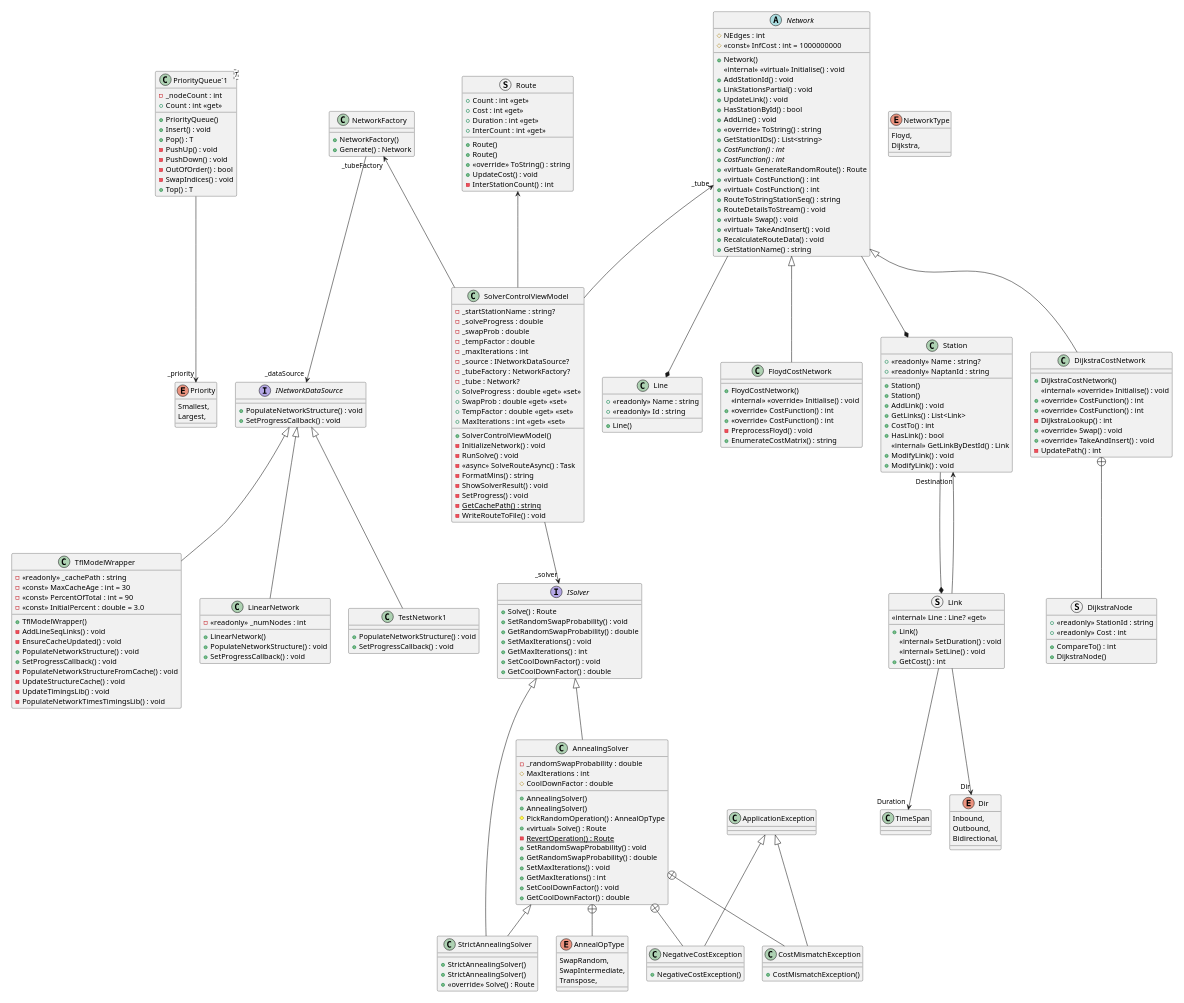
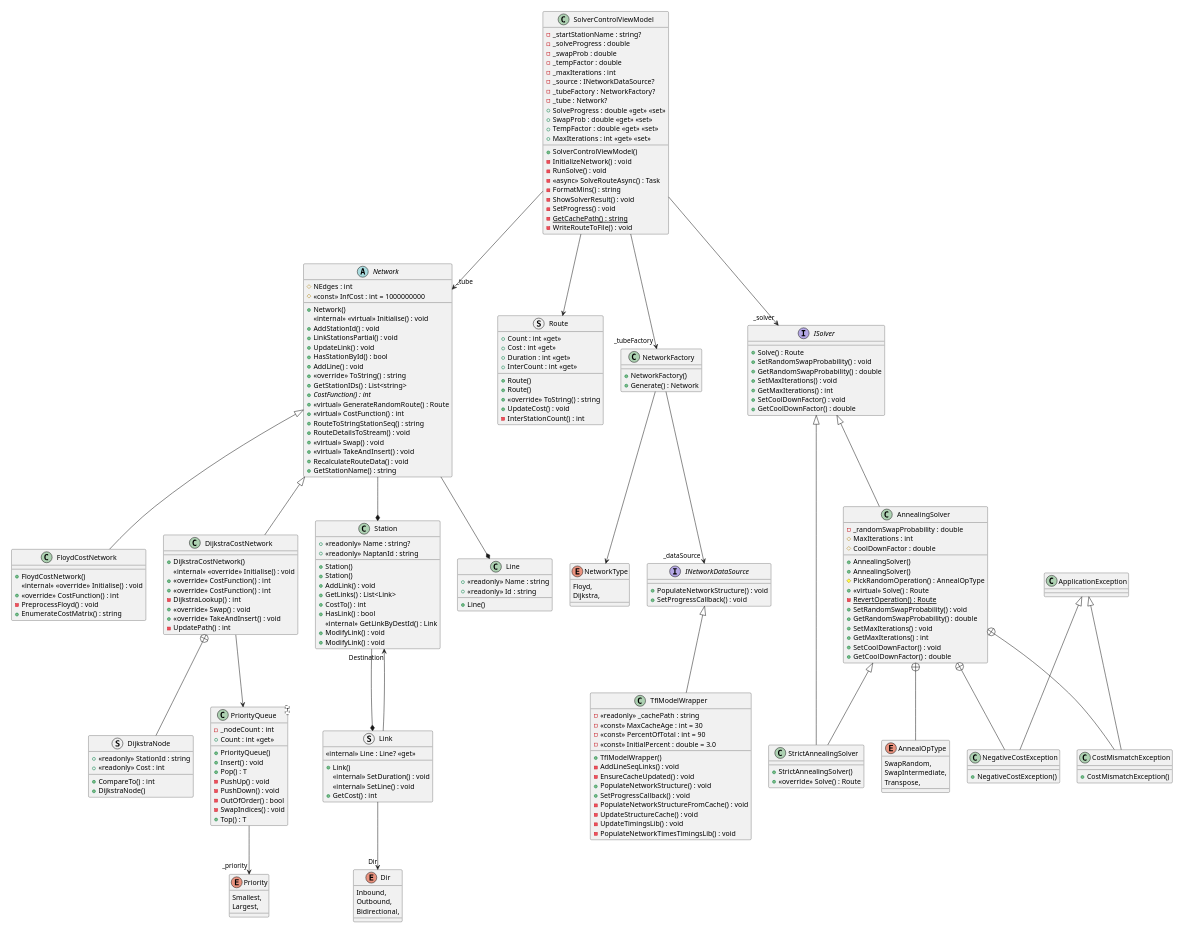
The diagram in TubeChallengeRouter/puml/HMinclude.puml (Liftyee/london-tube-navigator), drawn with PlantUML before and after one commit. The commit also changed 19 other files, not shown here.

```diff
--- a/TubeChallengeRouter/puml/HMinclude.puml
+++ b/TubeChallengeRouter/puml/HMinclude.puml
@@ -5,7 +5,7 @@
     Smallest,
     Largest,
 }
-class "PriorityQueue`1"<T> {
+class "PriorityQueue"<T> {
     - _nodeCount : int
     + Count : int <<get>>
     + PriorityQueue()
@@ -17,7 +17,7 @@
     - SwapIndices() : void
     + Top() : T
 }
-"PriorityQueue`1" --> "_priority" Priority
+"PriorityQueue" --> "_priority" Priority
 class TflModelWrapper {
     - <<readonly>> _cachePath : string
     - <<const>> MaxCacheAge : int = 30
@@ -34,18 +34,6 @@
     - PopulateNetworkTimesTimingsLib() : void
 }
 INetworkDataSource <|-- TflModelWrapper
-class LinearNetwork {
-    - <<readonly>> _numNodes : int
-    + LinearNetwork()
-    + PopulateNetworkStructure() : void
-    + SetProgressCallback() : void
-}
-class TestNetwork1 {
-    + PopulateNetworkStructure() : void
-    + SetProgressCallback() : void
-}
-INetworkDataSource <|-- LinearNetwork
-INetworkDataSource <|-- TestNetwork1
 struct Route {
     + Count : int <<get>>
     + Cost : int <<get>>
@@ -57,9 +45,9 @@
     - InterStationCount() : int
     + InterCount : int <<get>>
 }
-Route <-- SolverControlViewModel
-Network "_tube" <-- SolverControlViewModel
-NetworkFactory "_tubeFactory" <-- SolverControlViewModel
+SolverControlViewModel --> Route 
+SolverControlViewModel --> "_tube" Network 
+SolverControlViewModel --> "_tubeFactory" NetworkFactory 
 class Station {
     + <<readonly>> Name : string?
     + <<readonly>> NaptanId : string
@@ -81,6 +69,7 @@
     Floyd,
     Dijkstra,
 }
+NetworkFactory --> NetworkType
 class NetworkFactory {
     + NetworkFactory()
     + Generate() : Network
@@ -104,6 +93,7 @@
 }
 Network <|-- DijkstraCostNetwork
 DijkstraCostNetwork +-- DijkstraNode
+DijkstraCostNetwork --> PriorityQueue
 enum Dir {
     Inbound,
     Outbound,
@@ -122,7 +112,6 @@
     + GetCost() : int
 }
 Link --> "Destination" Station
-Link --> "Duration" TimeSpan
 Link --> "Dir" Dir
 Network --* Station
 Network --* Line
@@ -140,9 +129,7 @@
     + <<override>> ToString() : string
     + GetStationIDs() : List<string>
     + {abstract} CostFunction() : int
-    + {abstract} CostFunction() : int
     + <<virtual>> GenerateRandomRoute() : Route
-    + <<virtual>> CostFunction() : int
     + <<virtual>> CostFunction() : int
     + RouteToStringStationSeq() : string
     + RouteDetailsToStream() : void
@@ -155,13 +142,11 @@
     + FloydCostNetwork()
     <<internal>> <<override>> Initialise() : void
     + <<override>> CostFunction() : int
-    + <<override>> CostFunction() : int
     - PreprocessFloyd() : void
     + EnumerateCostMatrix() : string
 }
 Network <|-- FloydCostNetwork
 class StrictAnnealingSolver {
-    + StrictAnnealingSolver()
     + StrictAnnealingSolver()
     + <<override>> Solve() : Route
 }
```
